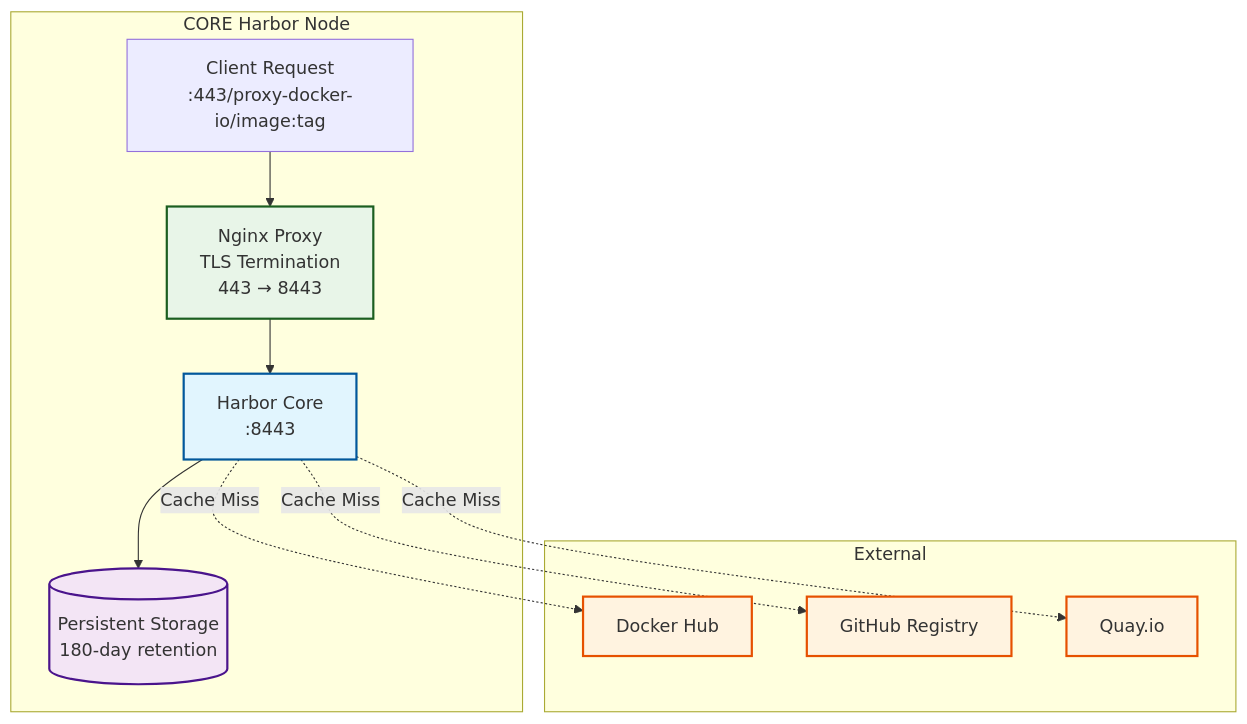
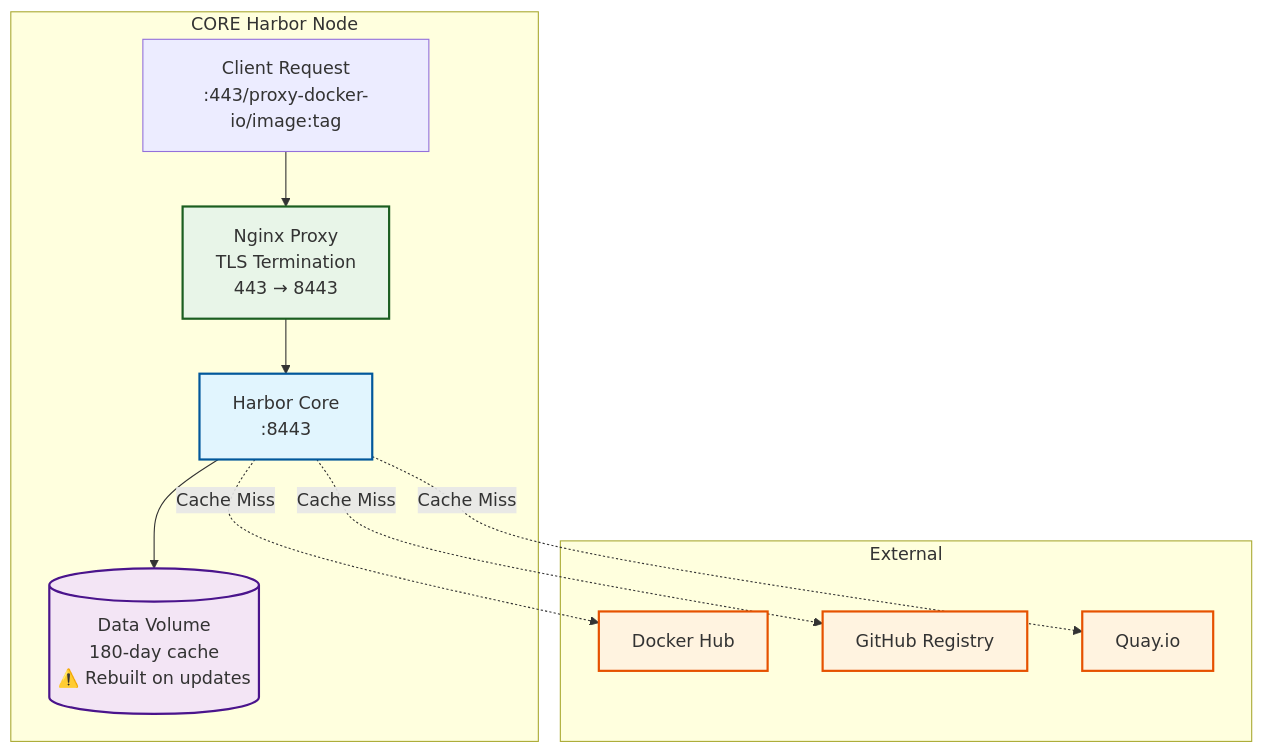
The second of 3 diagrams in README.md (GlueOps/aio-harbor-registry-cache), drawn with Mermaid before and after one commit. The commit also changed other lines of this file, not shown here.

````diff
--- a/README.md
+++ b/README.md
@@ -48,32 +48,32 @@
 ```mermaid
 graph TB
     subgraph "External"
         DockerHub[Docker Hub]
         GHCR[GitHub Registry]
         Quay[Quay.io]
     end
     
     subgraph "CORE Harbor Node"
         Client[Client Request<br/>:443/proxy-docker-io/image:tag]
         Nginx[Nginx Proxy<br/>TLS Termination<br/>443 → 8443]
         Harbor[Harbor Core<br/>:8443]
-        Storage[(Persistent Storage<br/>180-day retention)]
+        Storage[(Data Volume<br/>180-day cache<br/>⚠️ Rebuilt on updates)]
     end
     
     Client --> Nginx
     Nginx --> Harbor
     Harbor --> Storage
     Harbor -.->|Cache Miss| DockerHub
     Harbor -.->|Cache Miss| GHCR
     Harbor -.->|Cache Miss| Quay
     
     classDef external fill:#fff3e0,stroke:#e65100,stroke-width:2px
     classDef proxy fill:#e8f5e8,stroke:#1b5e20,stroke-width:2px
     classDef harbor fill:#e1f5fe,stroke:#01579b,stroke-width:2px
     classDef storage fill:#f3e5f5,stroke:#4a148c,stroke-width:2px
     
     class DockerHub,GHCR,Quay external
     class Nginx proxy
     class Harbor harbor
     class Storage storage
 ```
````
